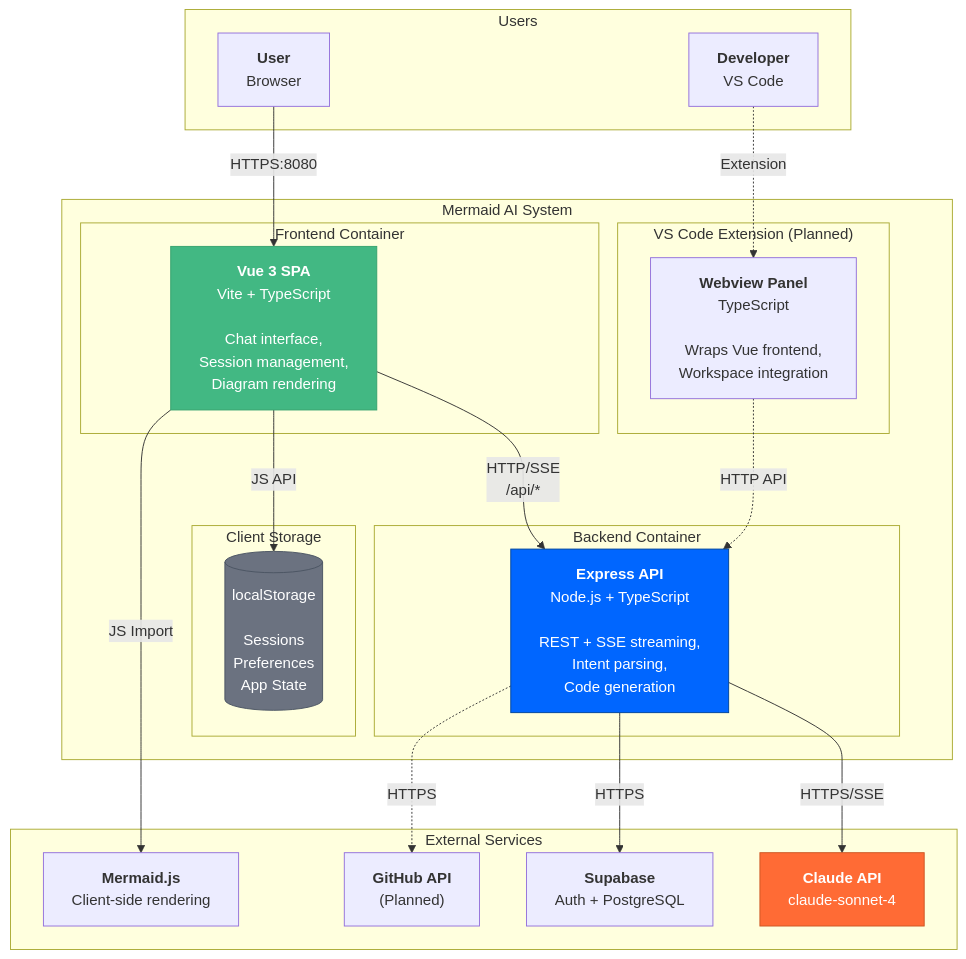
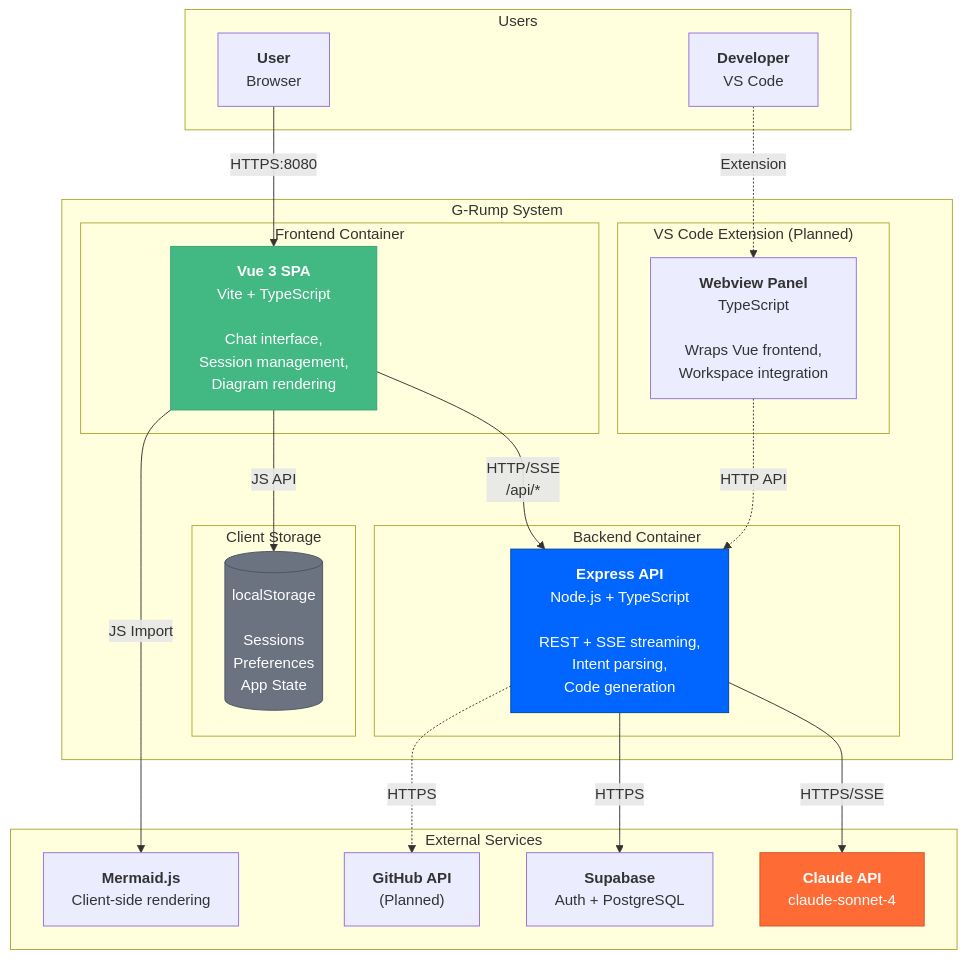
Before and after one commit to Aphrodine-wq/GRUMPCO: the second of 10 diagrams in docs/SYSTEM_ARCHITECTURE.md, drawn with Mermaid. The commit also changed other lines of this file and 174 other files, not shown here.

````diff
--- a/docs/SYSTEM_ARCHITECTURE.md
+++ b/docs/SYSTEM_ARCHITECTURE.md
@@ -66,47 +66,47 @@
 ```mermaid
 flowchart TB
     subgraph users["Users"]
         user["<b>User</b><br/>Browser"]
         vscodeUser["<b>Developer</b><br/>VS Code"]
     end
 
-    subgraph system["Mermaid AI System"]
+    subgraph system["G-Rump System"]
         subgraph frontend["Frontend Container"]
             vue["<b>Vue 3 SPA</b><br/>Vite + TypeScript<br/><br/>Chat interface,<br/>Session management,<br/>Diagram rendering"]
         end
 
         subgraph backend["Backend Container"]
             express["<b>Express API</b><br/>Node.js + TypeScript<br/><br/>REST + SSE streaming,<br/>Intent parsing,<br/>Code generation"]
         end
 
         subgraph extension["VS Code Extension (Planned)"]
             vscode["<b>Webview Panel</b><br/>TypeScript<br/><br/>Wraps Vue frontend,<br/>Workspace integration"]
         end
 
         subgraph storage["Client Storage"]
             localStorage[("localStorage<br/><br/>Sessions<br/>Preferences<br/>App State")]
         end
     end
 
     subgraph external["External Services"]
         claude["<b>Claude API</b><br/>claude-sonnet-4"]
         supabase["<b>Supabase</b><br/>Auth + PostgreSQL"]
         mermaidLib["<b>Mermaid.js</b><br/>Client-side rendering"]
         githubApi["<b>GitHub API</b><br/>(Planned)"]
     end
 
     user -->|"HTTPS:8080"| vue
     vscodeUser -.->|"Extension"| vscode
     vue -->|"HTTP/SSE<br/>/api/*"| express
     vscode -.->|"HTTP API"| express
     vue -->|"JS API"| localStorage
     vue -->|"JS Import"| mermaidLib
     express -->|"HTTPS/SSE"| claude
     express -->|"HTTPS"| supabase
     express -.->|"HTTPS"| githubApi
 
     style vue fill:#42b883,color:#fff,stroke:#35a36e
     style express fill:#0066FF,color:#fff,stroke:#004499
     style claude fill:#FF6B35,color:#fff,stroke:#cc5522
     style localStorage fill:#6B7280,color:#fff,stroke:#4B5563
 ```
````
